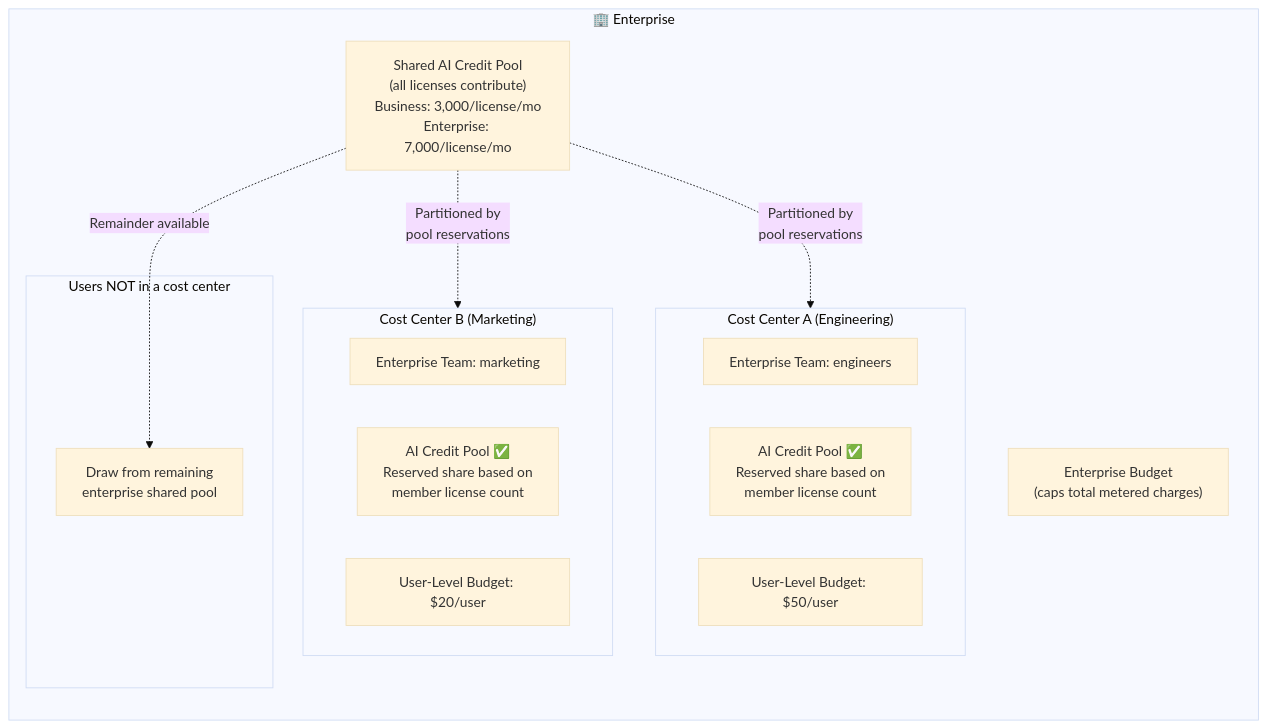
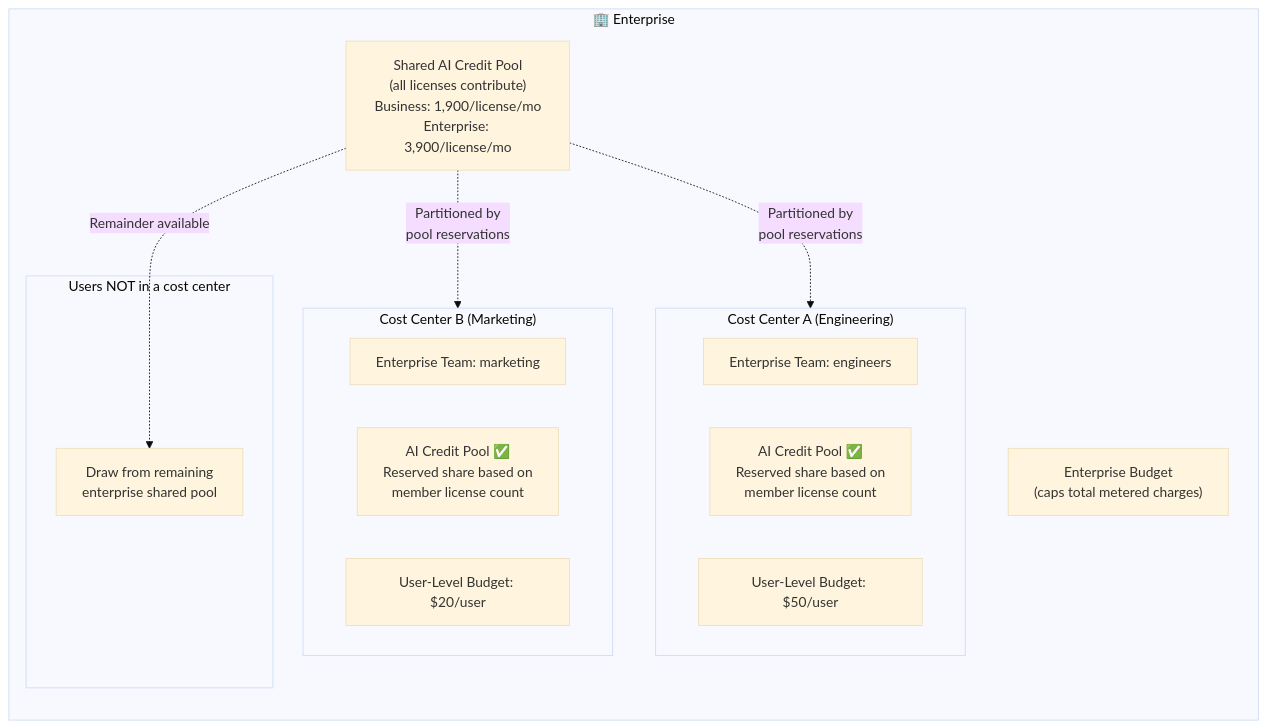
Before and after one commit to Philess/ghcp_ai_budget_coach: the third of 5 diagrams in README.md, drawn with Mermaid (base theme). The commit also changed other lines of this file and 20 other files, not shown here.

````diff
--- a/README.md
+++ b/README.md
@@ -59,30 +59,30 @@
 ```mermaid
 flowchart TB
     subgraph ENT["🏢 Enterprise"]
         direction TB
-        ENT_POOL["Shared AI Credit Pool<br/>(all licenses contribute)<br/>Business: 3,000/license/mo<br/>Enterprise: 7,000/license/mo"]
+        ENT_POOL["Shared AI Credit Pool<br/>(all licenses contribute)<br/>Business: 1,900/license/mo<br/>Enterprise: 3,900/license/mo"]
         ENT_BUDGET["Enterprise Budget<br/>(caps total metered charges)"]
 
         subgraph CC_A["Cost Center A (Engineering)"]
             direction LR
             TEAM_A["Enterprise Team: engineers"]
             POOL_A["AI Credit Pool ✅<br/>Reserved share based on<br/>member license count"]
             ULB_A["User-Level Budget: $50/user"]
         end
 
         subgraph CC_B["Cost Center B (Marketing)"]
             direction LR
             TEAM_B["Enterprise Team: marketing"]
             POOL_B["AI Credit Pool ✅<br/>Reserved share based on<br/>member license count"]
             ULB_B["User-Level Budget: $20/user"]
         end
 
         subgraph CC_NONE["Users NOT in a cost center"]
             UNASSIGNED["Draw from remaining<br/>enterprise shared pool"]
         end
     end
 
     ENT_POOL -.->|"Partitioned by<br/>pool reservations"| POOL_A
     ENT_POOL -.->|"Partitioned by<br/>pool reservations"| POOL_B
     ENT_POOL -.->|"Remainder available"| UNASSIGNED
 ```
````
